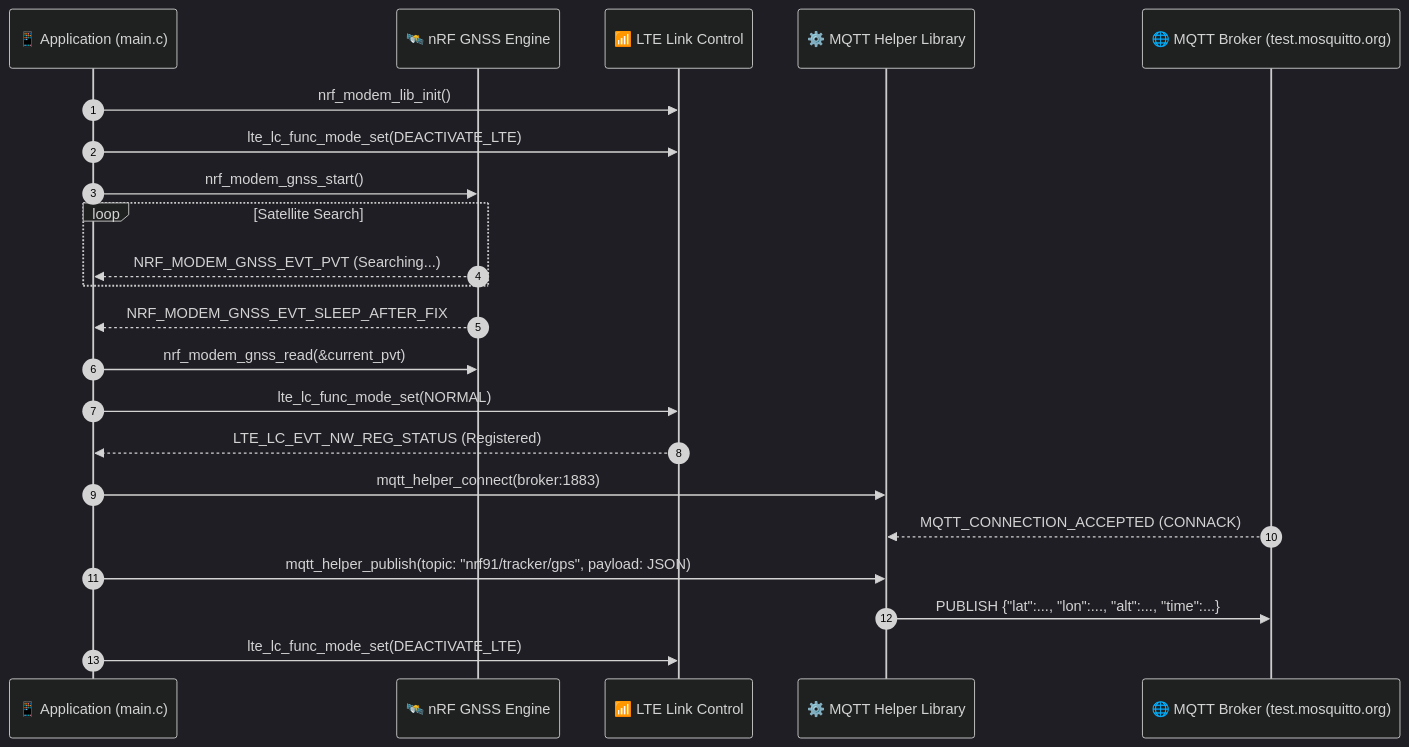
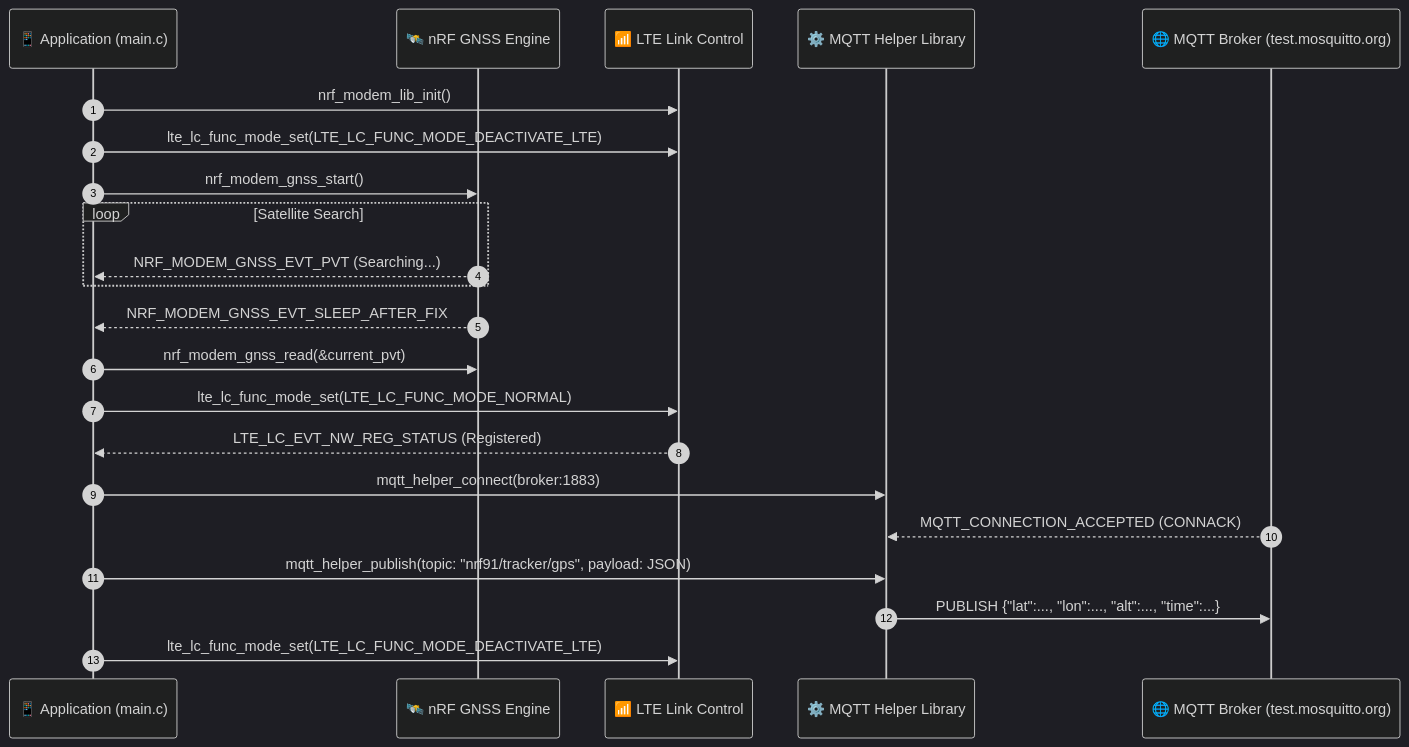
The second of 3 diagrams in myprojects/gps_mqtt_tracker/README.md (Faiisu/WildLifeTracking-NBIOT), drawn with Mermaid (dark theme) before and after one commit. The commit also changed other lines of this file and 1 other file, not shown here.

Commit message:
docs: add project documentation and system architecture diagrams

````diff
--- a/myprojects/gps_mqtt_tracker/README.md
+++ b/myprojects/gps_mqtt_tracker/README.md
@@ -48,31 +59,31 @@
 ```mermaid
 sequenceDiagram
     autonumber
     participant App as 📱 Application (main.c)
     participant GNSS as 🛰️ nRF GNSS Engine
     participant LTE as 📶 LTE Link Control
     participant MQTT as ⚙️ MQTT Helper Library
     participant Broker as 🌐 MQTT Broker (test.mosquitto.org)
 
     App->>LTE: nrf_modem_lib_init()
-    App->>LTE: lte_lc_func_mode_set(DEACTIVATE_LTE)
+    App->>LTE: lte_lc_func_mode_set(LTE_LC_FUNC_MODE_DEACTIVATE_LTE)
     App->>GNSS: nrf_modem_gnss_start()
     
     loop Satellite Search
         GNSS-->>App: NRF_MODEM_GNSS_EVT_PVT (Searching...)
     end
     
     GNSS-->>App: NRF_MODEM_GNSS_EVT_SLEEP_AFTER_FIX
     App->>GNSS: nrf_modem_gnss_read(&current_pvt)
     
-    App->>LTE: lte_lc_func_mode_set(NORMAL)
+    App->>LTE: lte_lc_func_mode_set(LTE_LC_FUNC_MODE_NORMAL)
     LTE-->>App: LTE_LC_EVT_NW_REG_STATUS (Registered)
     
     App->>MQTT: mqtt_helper_connect(broker:1883)
     Broker-->>MQTT: MQTT_CONNECTION_ACCEPTED (CONNACK)
     
     App->>MQTT: mqtt_helper_publish(topic: "nrf91/tracker/gps", payload: JSON)
     MQTT->>Broker: PUBLISH {"lat":..., "lon":..., "alt":..., "time":...}
     
-    App->>LTE: lte_lc_func_mode_set(DEACTIVATE_LTE)
+    App->>LTE: lte_lc_func_mode_set(LTE_LC_FUNC_MODE_DEACTIVATE_LTE)
 ```
````
